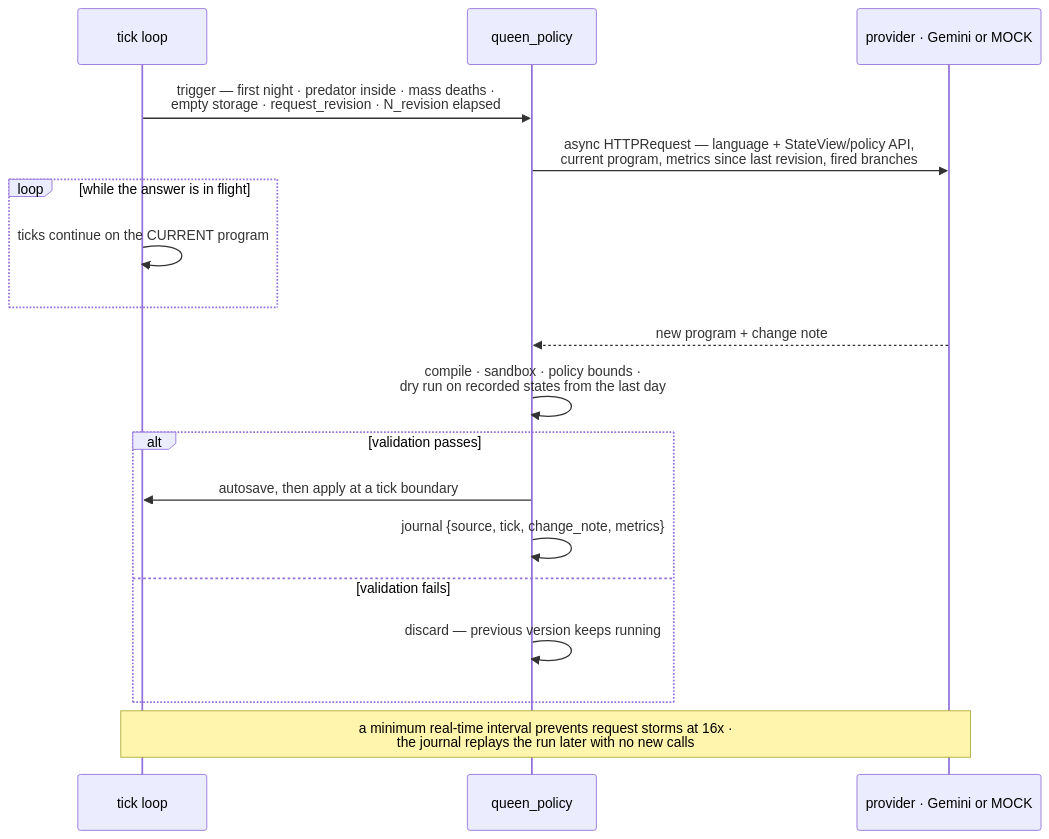
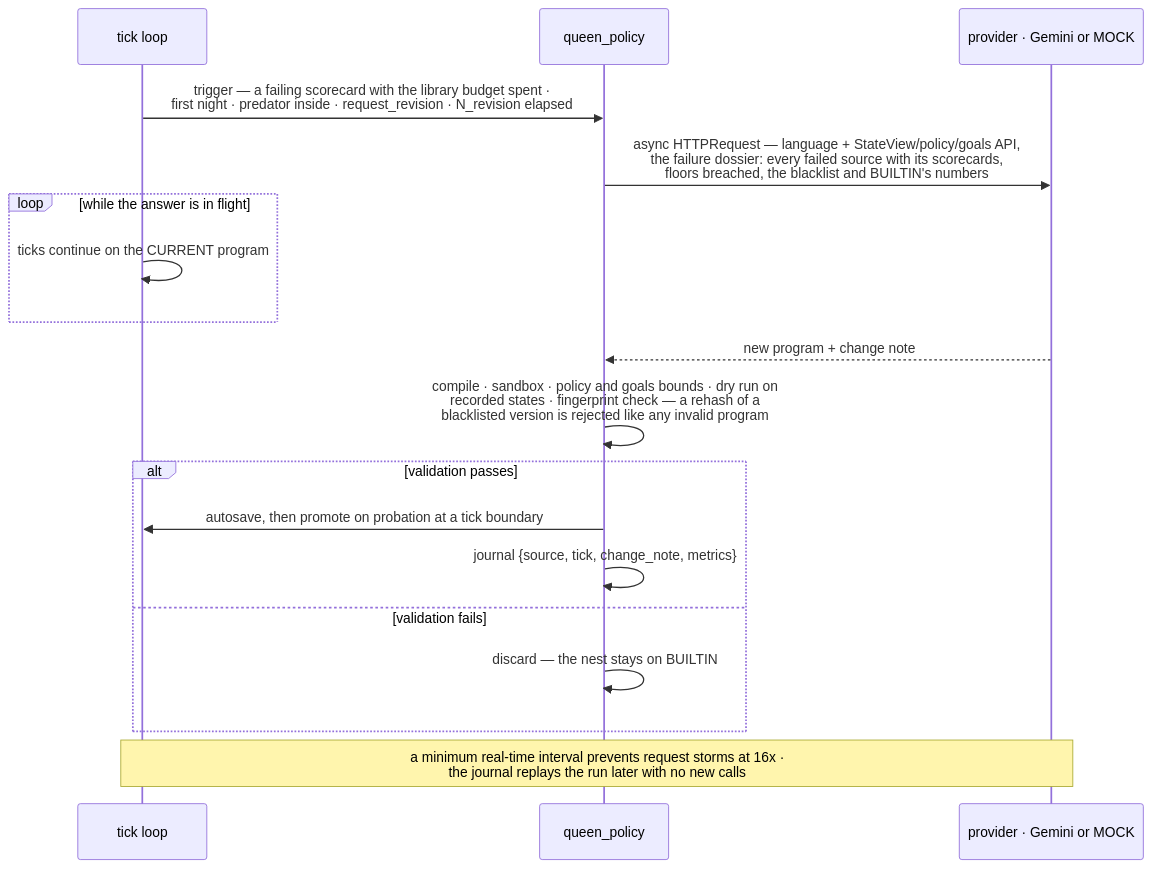
The ninth of 9 diagrams in specification/ARCHITECTURE.md (ichMaster/myrmex), drawn with Mermaid before and after one commit. The commit also changed other lines of this file and 3 other files, not shown here.

````diff
--- a/specification/ARCHITECTURE.md
+++ b/specification/ARCHITECTURE.md
@@ -305,20 +357,20 @@
 ```mermaid
 sequenceDiagram
     participant Sim as tick loop
     participant Pol as queen_policy
     participant Prov as provider · Gemini or MOCK
-    Sim->>Pol: trigger — first night · predator inside · mass deaths ·<br/>empty storage · request_revision · N_revision elapsed
-    Pol->>Prov: async HTTPRequest — language + StateView/policy API,<br/>current program, metrics since last revision, fired branches
+    Sim->>Pol: trigger — a failing scorecard with the library budget spent ·<br/>first night · predator inside · request_revision · N_revision elapsed
+    Pol->>Prov: async HTTPRequest — language + StateView/policy/goals API,<br/>the failure dossier: every failed source with its scorecards,<br/>floors breached, the blacklist and BUILTIN's numbers
     loop while the answer is in flight
         Sim->>Sim: ticks continue on the CURRENT program
     end
     Prov-->>Pol: new program + change note
-    Pol->>Pol: compile · sandbox · policy bounds ·<br/>dry run on recorded states from the last day
+    Pol->>Pol: compile · sandbox · policy and goals bounds · dry run on<br/>recorded states · fingerprint check — a rehash of a<br/>blacklisted version is rejected like any invalid program
     alt validation passes
-        Pol->>Sim: autosave, then apply at a tick boundary
+        Pol->>Sim: autosave, then promote on probation at a tick boundary
         Pol->>Pol: journal {source, tick, change_note, metrics}
     else validation fails
-        Pol->>Pol: discard — previous version keeps running
+        Pol->>Pol: discard — the nest stays on BUILTIN
     end
     Note over Sim,Prov: a minimum real-time interval prevents request storms at 16x ·<br/>the journal replays the run later with no new calls
 ```
````
